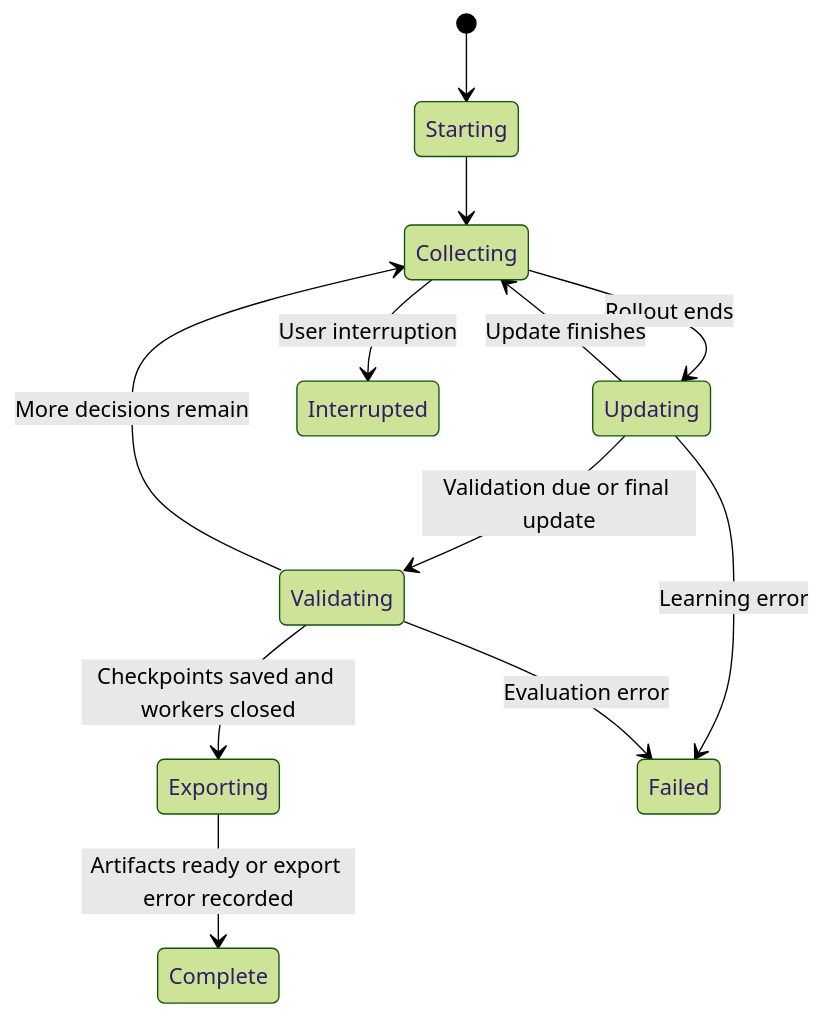
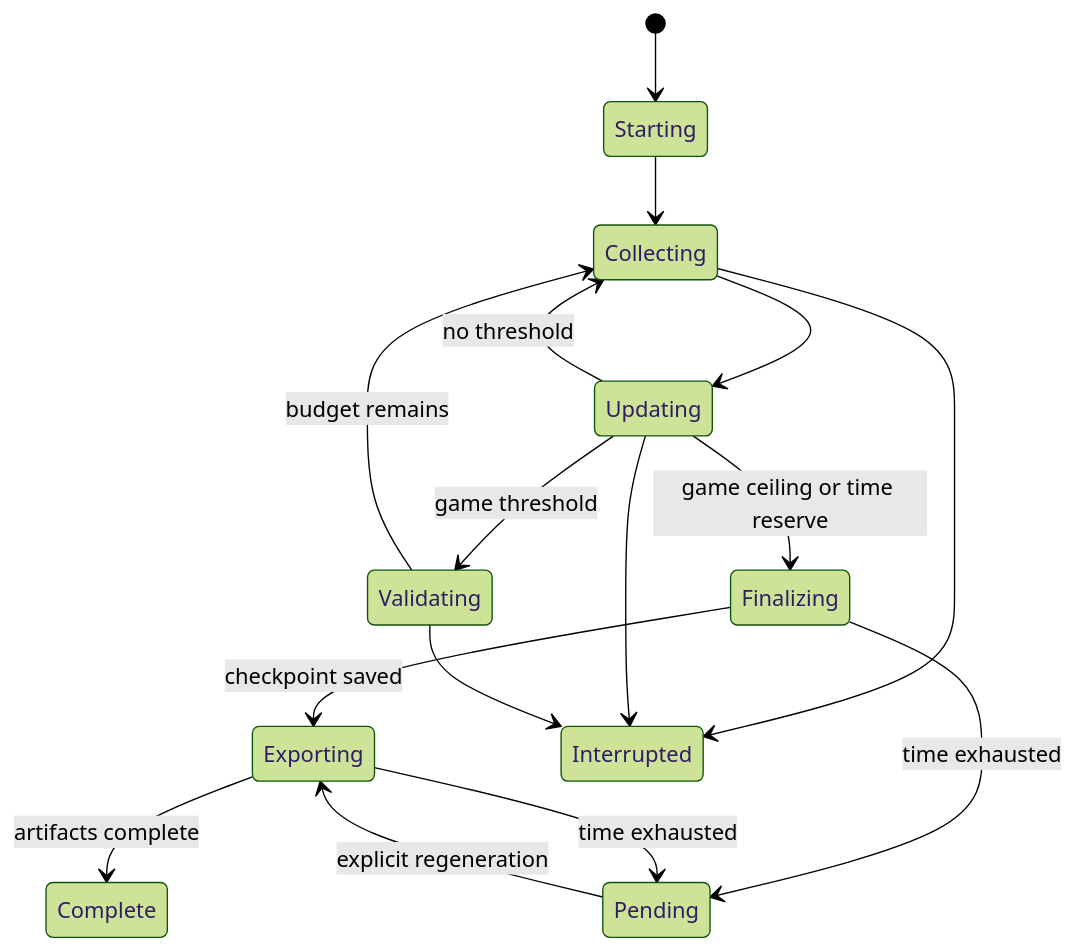
One commit to Comb1e/RL-Pvz changed the fifth of 5 diagrams in docs/architecture.md. Above: the diagram before and after it, drawn with Mermaid (forest theme). The commit also changed other lines of this file and 44 other files, not shown here.

````diff
--- a/docs/architecture.md
+++ b/docs/architecture.md
@@ -298,14 +138,18 @@
 ```mermaid
 stateDiagram-v2
     [*] --> Starting
     Starting --> Collecting
-    Collecting --> Updating: Rollout ends
-    Updating --> Collecting: Update finishes
-    Updating --> Validating: Validation due or final update
-    Validating --> Collecting: More decisions remain
-    Validating --> Exporting: Checkpoints saved and workers closed
-    Exporting --> Complete: Artifacts ready or export error recorded
-    Collecting --> Interrupted: User interruption
-    Updating --> Failed: Learning error
-    Validating --> Failed: Evaluation error
+    Collecting --> Updating
+    Updating --> Validating: game threshold
+    Validating --> Collecting: budget remains
+    Updating --> Collecting: no threshold
+    Updating --> Finalizing: game ceiling or time reserve
+    Finalizing --> Exporting: checkpoint saved
+    Exporting --> Complete: artifacts complete
+    Finalizing --> Pending: time exhausted
+    Exporting --> Pending: time exhausted
+    Collecting --> Interrupted
+    Updating --> Interrupted
+    Validating --> Interrupted
+    Pending --> Exporting: explicit regeneration
 ```
````
